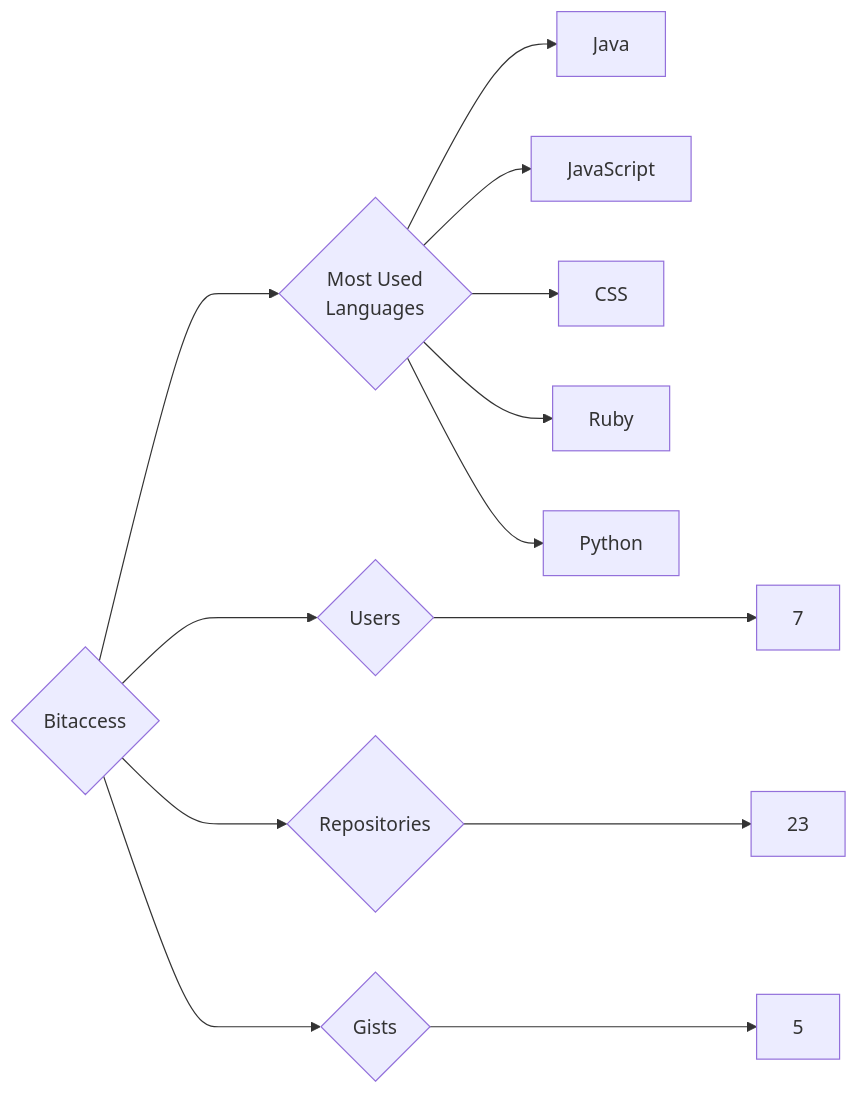
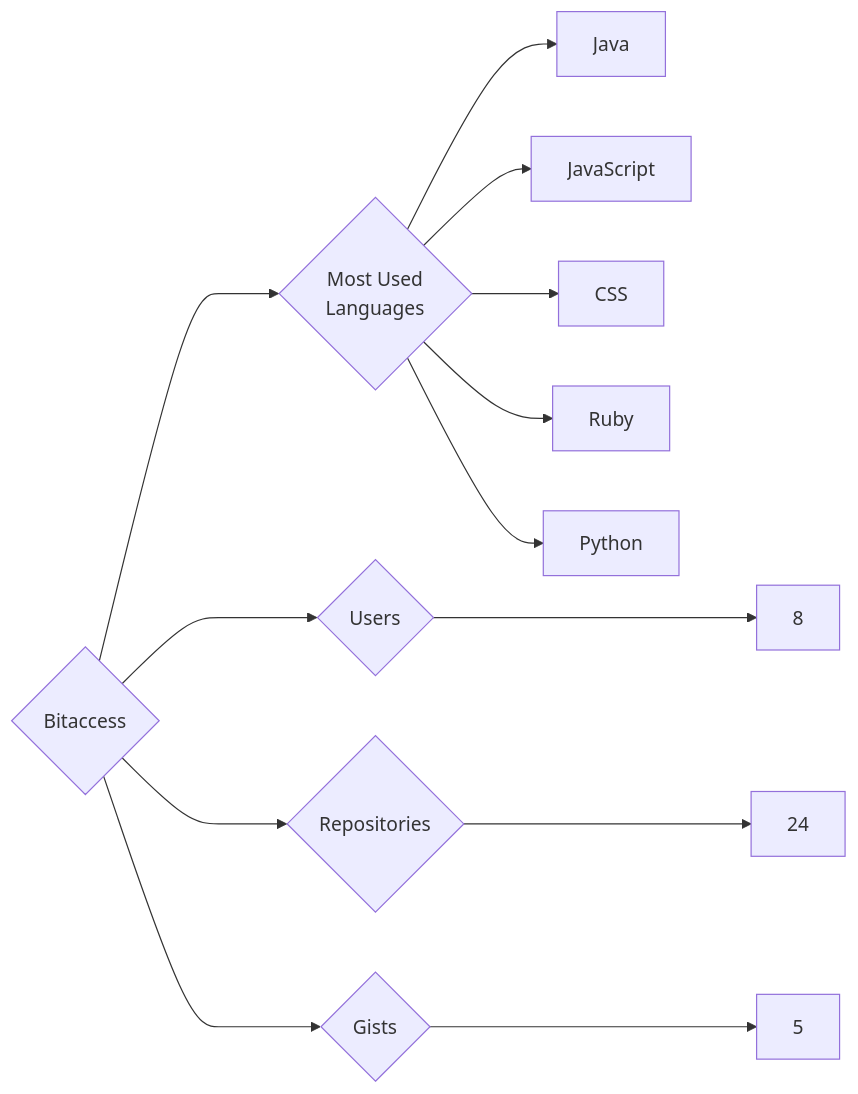
One commit to trickest/insiders changed the diagram in targets/Bitaccess/README.md. Above: the diagram before and after it, drawn with Mermaid. The commit also changed 942 other files, not shown here.

````diff
--- a/targets/Bitaccess/README.md
+++ b/targets/Bitaccess/README.md
@@ -3,13 +3,13 @@
 ```mermaid
 graph LR
 COMPANY_NAME{Bitaccess}
-COMPANY_NAME ---> U{Users} ---> UN[7]
-COMPANY_NAME ---> R{Repositories} ---> RN[23]
+COMPANY_NAME ---> U{Users} ---> UN[8]
+COMPANY_NAME ---> R{Repositories} ---> RN[24]
 COMPANY_NAME ---> G{Gists} ---> GN[5]
 COMPANY_NAME ---> ML{Most Used<br>Languages}
 ML --> Java[Java]
 ML --> JavaScript[JavaScript]
 ML --> CSS[CSS]
 ML --> Ruby[Ruby]
 ML --> Python[Python]
 ```
````
